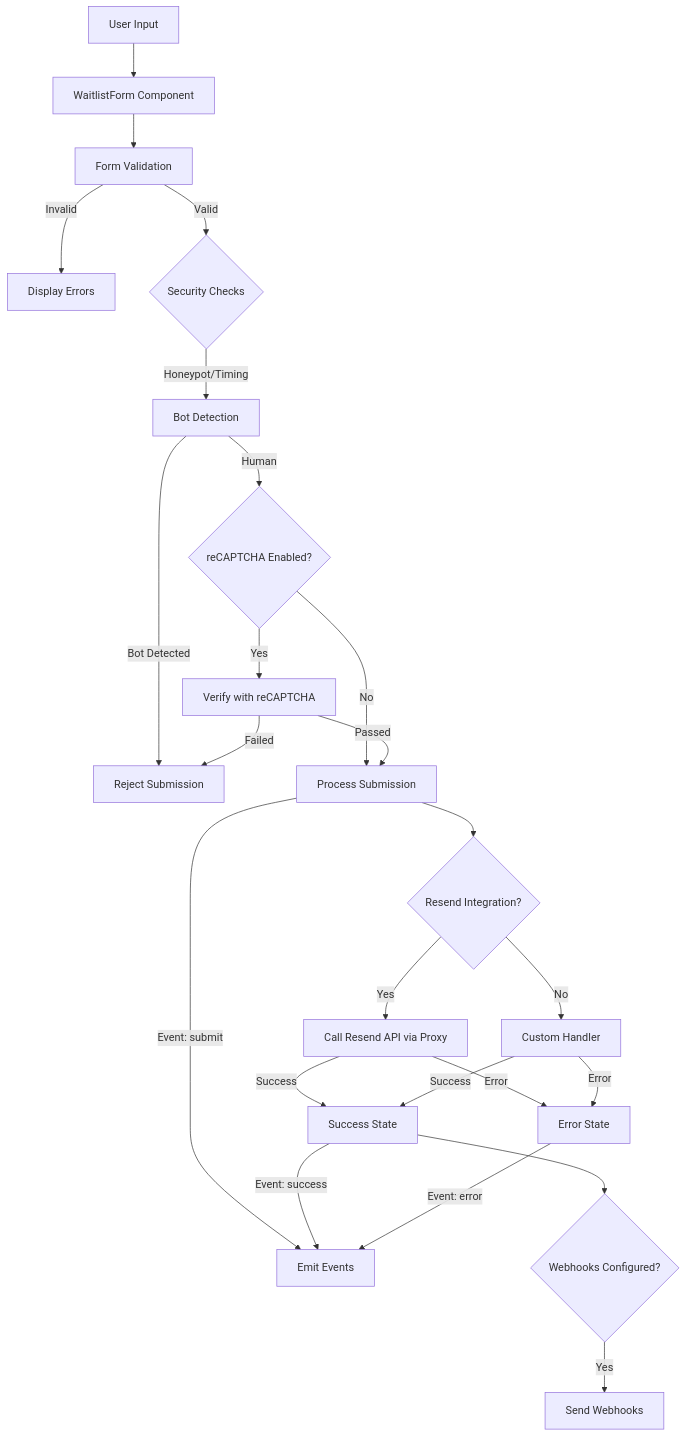
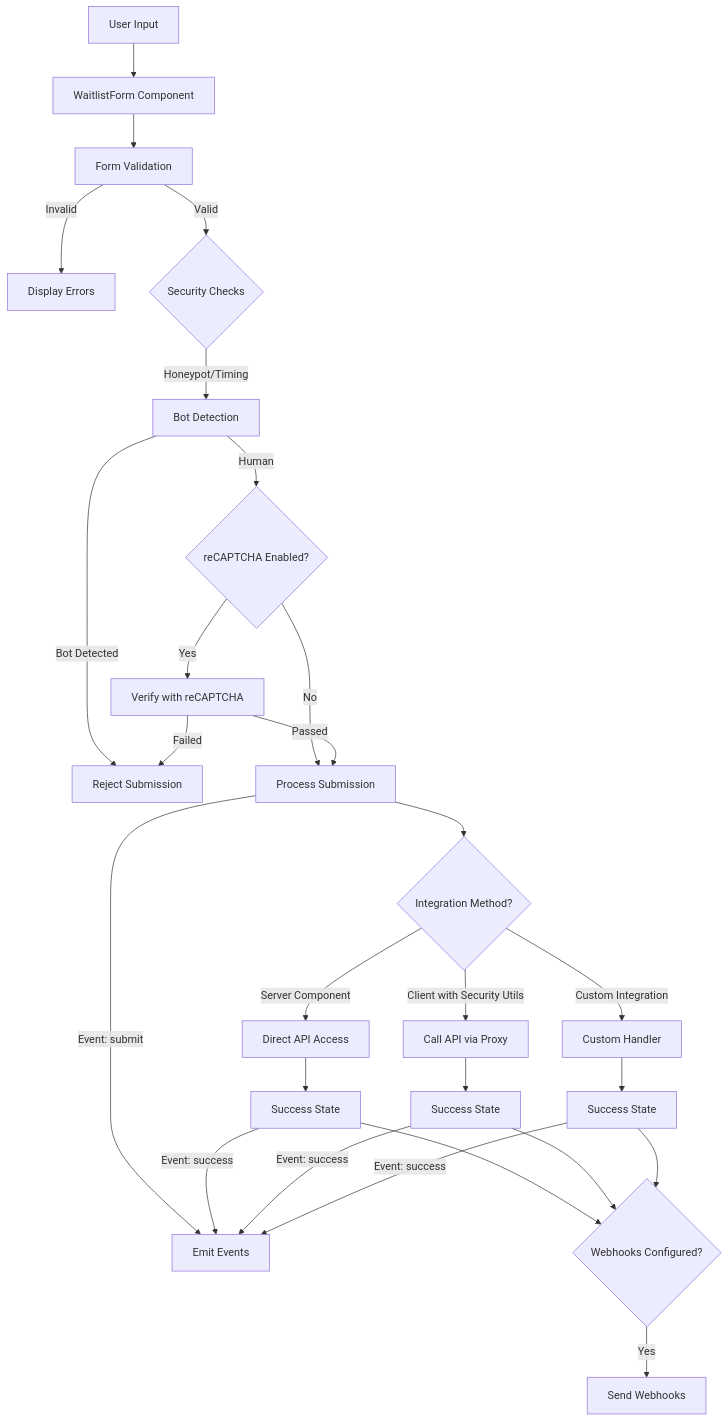
One commit to pmatheusvinhas/react-waitlist changed the second of 7 diagrams in docs/architecture.md. Above: the diagram before and after it, drawn with Mermaid. The commit also changed other lines of this file and 1 other file, not shown here.

Commit message:
docs: emphasize self-contained nature and security options

````diff
--- a/docs/architecture.md
+++ b/docs/architecture.md
@@ -49,26 +86,34 @@
 ```mermaid
 flowchart TD
     A[User Input] --> B[WaitlistForm Component]
     B --> C[Form Validation]
     C -->|Invalid| D[Display Errors]
     C -->|Valid| E{Security Checks}
     E -->|Honeypot/Timing| F[Bot Detection]
     F -->|Bot Detected| G[Reject Submission]
     F -->|Human| H{reCAPTCHA Enabled?}
     H -->|No| J[Process Submission]
     H -->|Yes| I[Verify with reCAPTCHA]
     I -->|Failed| G
     I -->|Passed| J
     J -->|Event: submit| K[Emit Events]
-    J --> L{Resend Integration?}
-    L -->|Yes| M[Call Resend API via Proxy]
-    L -->|No| N[Custom Handler]
-    M -->|Success| O[Success State]
-    M -->|Error| P[Error State]
-    N -->|Success| O
-    N -->|Error| P
-    O -->|Event: success| K
-    P -->|Event: error| K
-    O --> Q{Webhooks Configured?}
+    J --> L{Integration Method?}
+    
+    L -->|Server Component| M1[Direct API Access]
+    M1 --> O1[Success State]
+    
+    L -->|Client with Security Utils| M2[Call API via Proxy]
+    M2 --> O2[Success State]
+    
+    L -->|Custom Integration| M3[Custom Handler]
+    M3 --> O3[Success State]
+    
+    O1 -->|Event: success| K
+    O2 -->|Event: success| K
+    O3 -->|Event: success| K
+    
+    O1 --> Q{Webhooks Configured?}
+    O2 --> Q
+    O3 --> Q
     Q -->|Yes| R[Send Webhooks]
 ```
````
